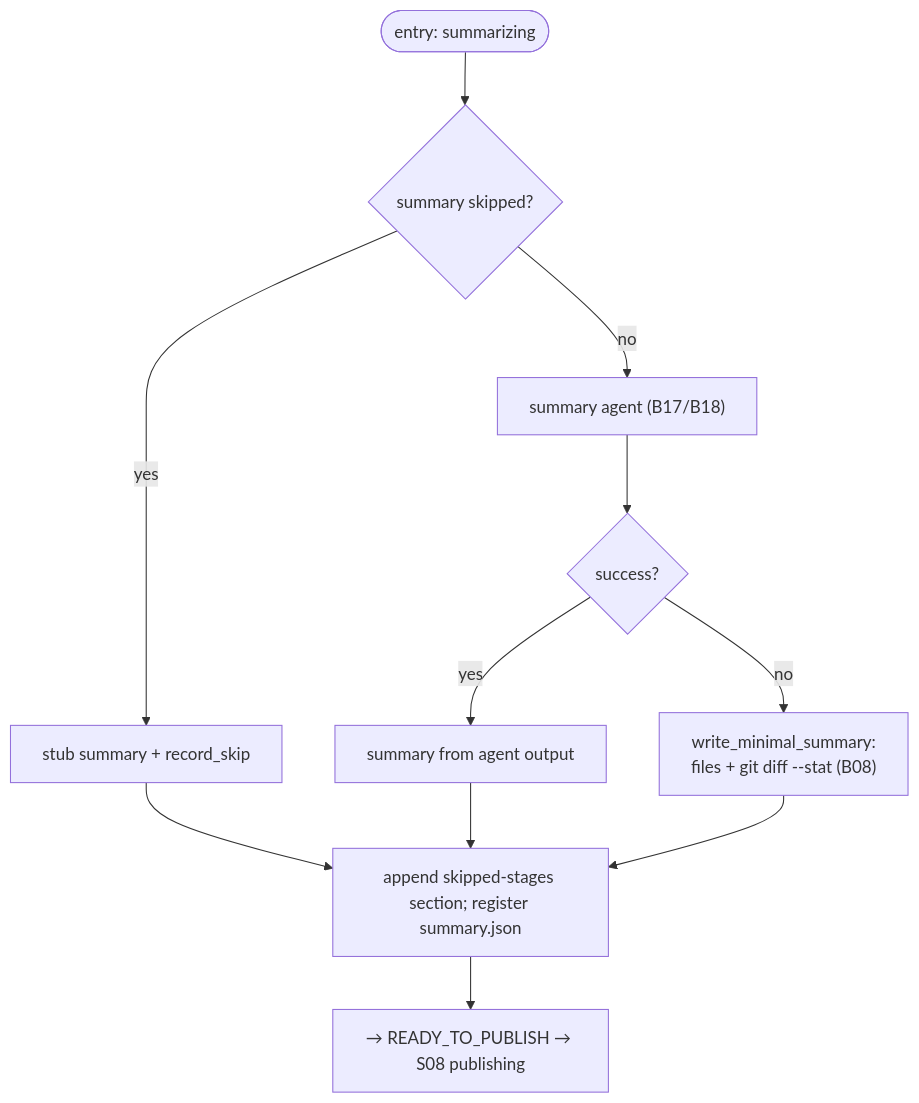
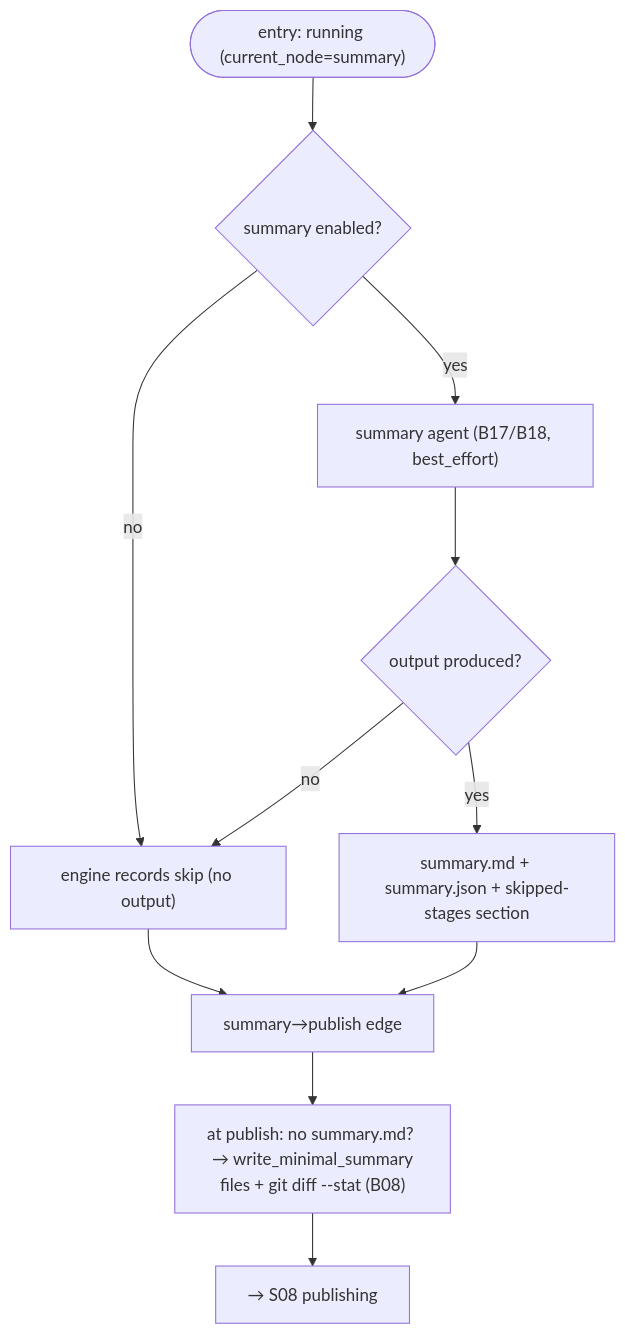
One commit to VladimirMakarevich/wastech-orchestrator changed the diagram in docs/functional/flows/coding/S07-summary.md. Above: the diagram before and after it, drawn with Mermaid. The commit also changed other lines of this file and 31 other files, not shown here.

````diff
--- a/docs/functional/flows/coding/S07-summary.md
+++ b/docs/functional/flows/coding/S07-summary.md
@@ -36,13 +35,13 @@
 ```mermaid
 flowchart TB
-    start(["entry: summarizing"]) --> skip{"summary skipped?"}
-    skip -->|yes| stub["stub summary + record_skip"]
-    skip -->|no| run["summary agent (B17/B18)"]
-    run --> ok{"success?"}
-    ok -->|yes| fromagent["summary from agent output"]
-    ok -->|no| minimal["write_minimal_summary:<br/>files + git diff --stat (B08)"]
-    stub --> tail["append skipped-stages section; register summary.json"]
-    fromagent --> tail
-    minimal --> tail
-    tail --> pub["→ READY_TO_PUBLISH → S08 publishing"]
+    start(["entry: running (current_node=summary)"]) --> skip{"summary enabled?"}
+    skip -->|no| recorded["engine records skip (no output)"]
+    skip -->|yes| run["summary agent (B17/B18, best_effort)"]
+    run --> ok{"output produced?"}
+    ok -->|yes| fromagent["summary.md + summary.json + skipped-stages section"]
+    ok -->|no| recorded
+    recorded --> edge["summary→publish edge"]
+    fromagent --> edge
+    edge --> minimal["at publish: no summary.md? → write_minimal_summary<br/>files + git diff --stat (B08)"]
+    minimal --> pub["→ S08 publishing"]
 ```
````
